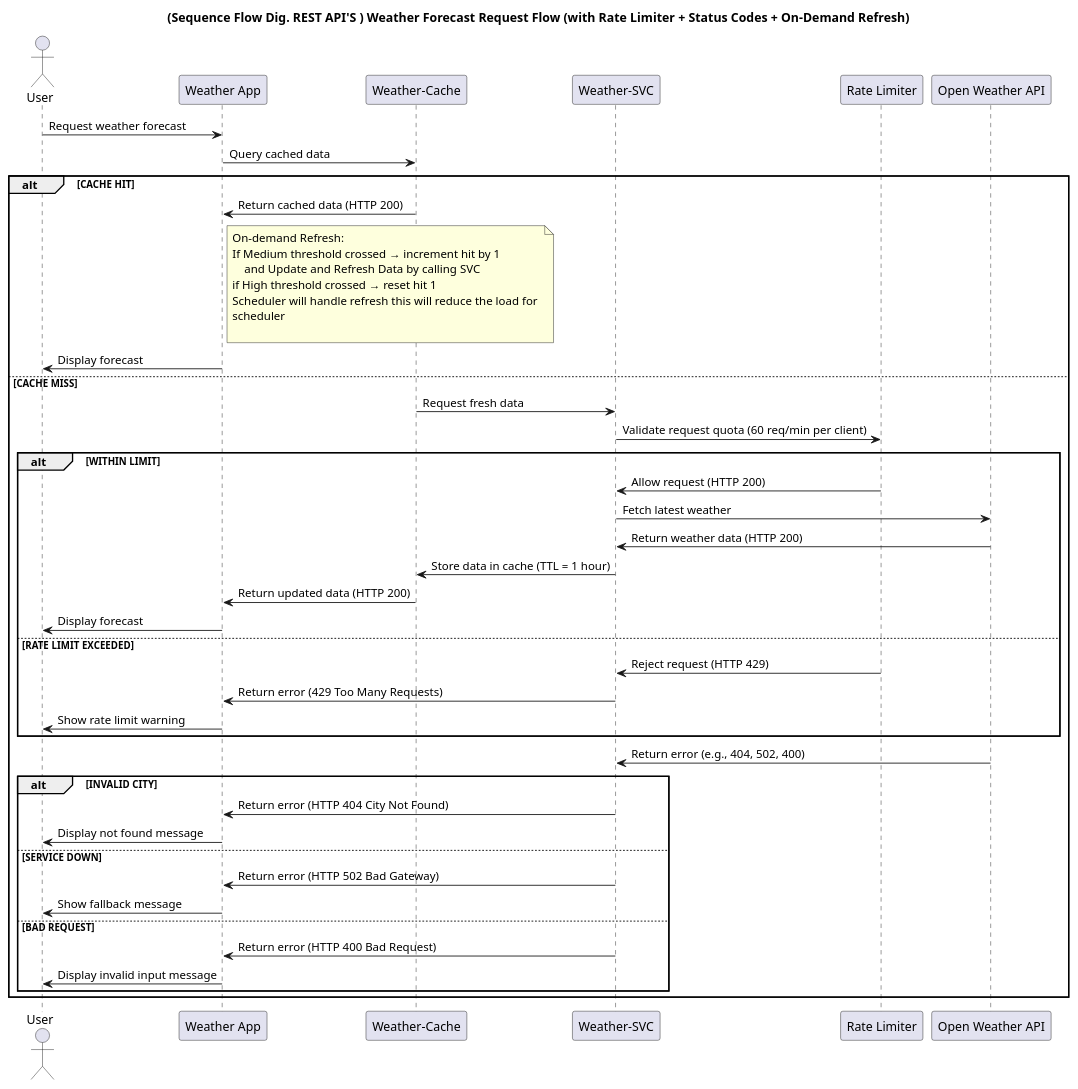
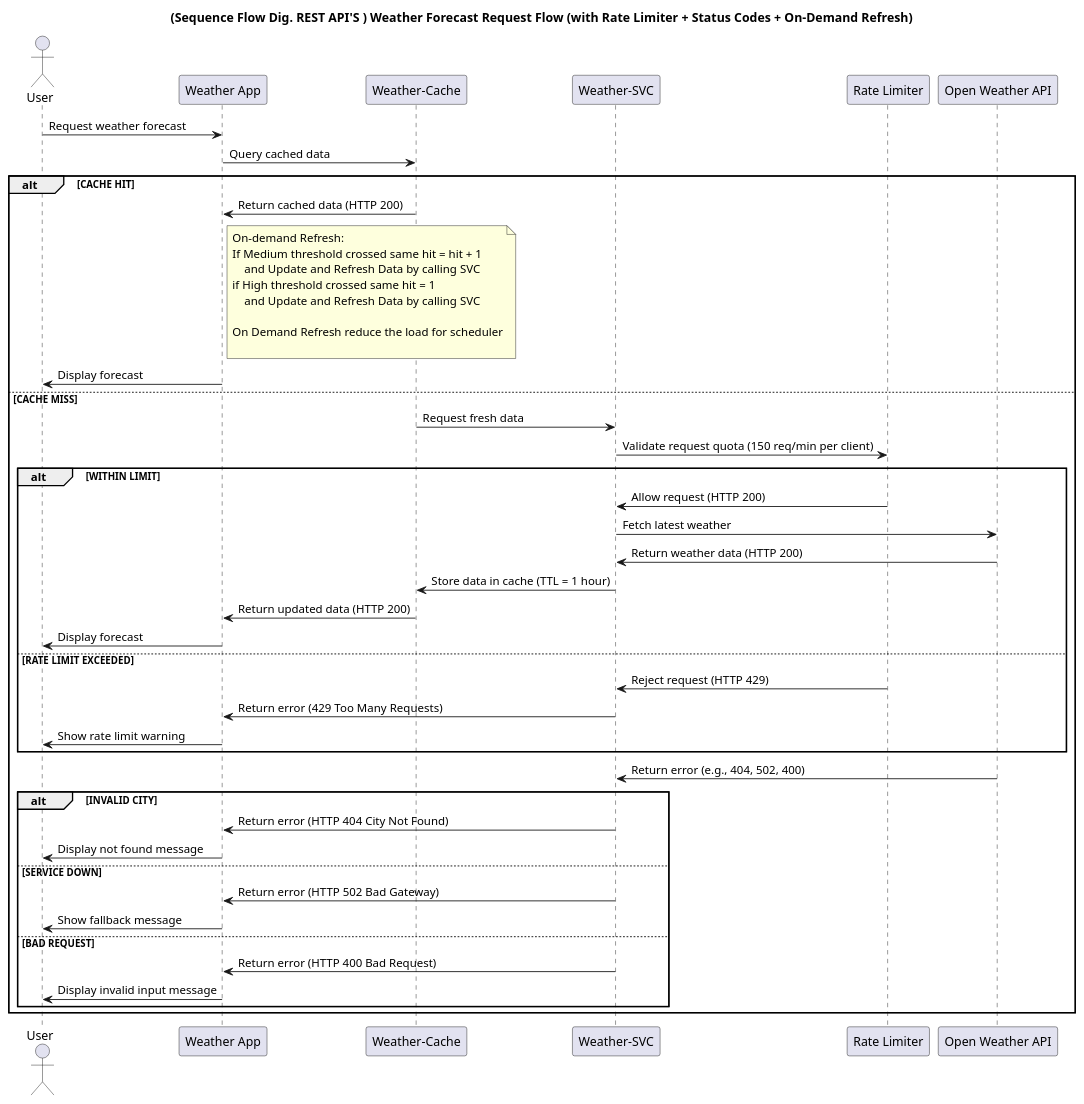
The diagram in diagrams/SequenceAPIDig.puml (shivamnamdeo0101/weather-app), drawn with PlantUML before and after one commit. The commit also changed 2 other files, not shown here.

Commit message:
Hit updates

```diff
--- a/diagrams/SequenceAPIDig.puml
+++ b/diagrams/SequenceAPIDig.puml
@@ -1,56 +1,57 @@
 @startuml
 title (Sequence Flow Dig. REST API'S ) Weather Forecast Request Flow (with Rate Limiter + Status Codes + On-Demand Refresh)
 
 actor User
 participant "Weather App" as app
 participant "Weather-Cache" as cache
 participant "Weather-SVC" as svc
 participant "Rate Limiter" as limiter
 participant "Open Weather API" as api
 
 User -> app: Request weather forecast
 app -> cache: Query cached data
 
 alt CACHE HIT
     cache -> app: Return cached data (HTTP 200)
     note right of app
         On-demand Refresh:
-        If Medium threshold crossed → increment hit by 1
+        If Medium threshold crossed same hit = hit + 1 
             and Update and Refresh Data by calling SVC
-        if High threshold crossed → reset hit 1 
-        Scheduler will handle refresh this will reduce the load for 
-        scheduler
+        if High threshold crossed same hit = 1 
+            and Update and Refresh Data by calling SVC
+        
+        On Demand Refresh reduce the load for scheduler
 
     end note
     app -> User: Display forecast
 else CACHE MISS
     cache -> svc: Request fresh data
-    svc -> limiter: Validate request quota (60 req/min per client)
+    svc -> limiter: Validate request quota (150 req/min per client)
 
     alt WITHIN LIMIT
         limiter -> svc: Allow request (HTTP 200)
         svc -> api: Fetch latest weather
         api -> svc: Return weather data (HTTP 200)
         svc -> cache: Store data in cache (TTL = 1 hour)
         cache -> app: Return updated data (HTTP 200)
         app -> User: Display forecast
     else RATE LIMIT EXCEEDED
         limiter -> svc: Reject request (HTTP 429)
         svc -> app: Return error (429 Too Many Requests)
         app -> User: Show rate limit warning
     end
 
     api -> svc: Return error (e.g., 404, 502, 400)
 
     alt INVALID CITY
         svc -> app: Return error (HTTP 404 City Not Found)
         app -> User: Display not found message
     else SERVICE DOWN
         svc -> app: Return error (HTTP 502 Bad Gateway)
         app -> User: Show fallback message
     else BAD REQUEST
         svc -> app: Return error (HTTP 400 Bad Request)
         app -> User: Display invalid input message
     end
 end
 @enduml
```
